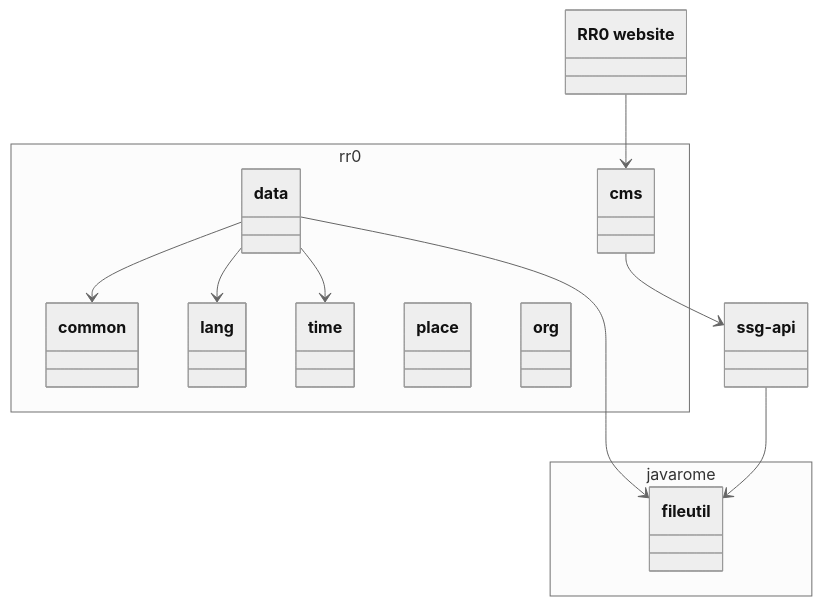
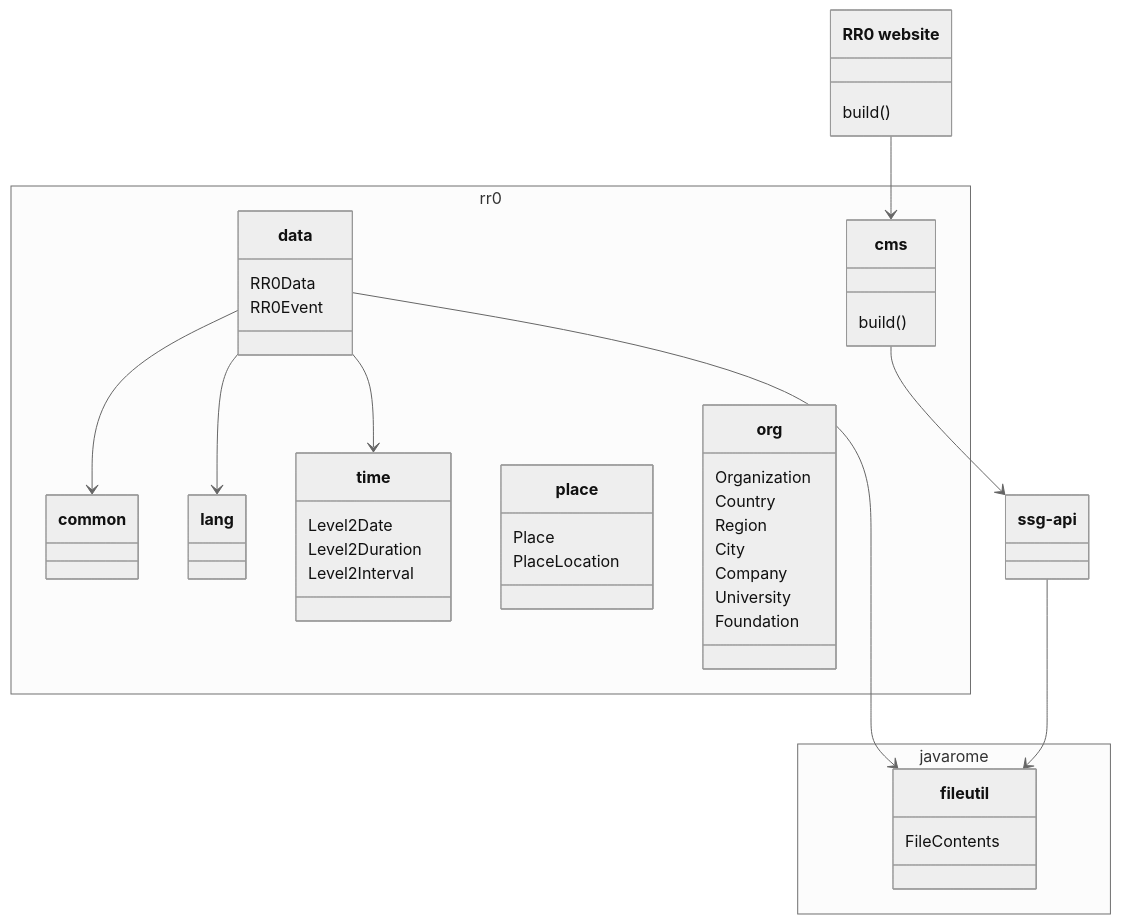
One commit to RR0/.github changed the diagram in profile/README.md. Above: the diagram before and after it, drawn with Mermaid (neutral theme).

Commit message:
org readme

````diff
--- a/profile/README.md
+++ b/profile/README.md
@@ -5,24 +5,49 @@
 ```mermaid
 classDiagram
-    class RR0["RR0 website"]
+    class RR0["RR0 website"] {
+        build()
+    }
     namespace rr0 {
         class common
         class lang
-        class time
-        class data
-        class place
-        class org
-        class cms
+        class time {
+            Level2Date
+            Level2Duration
+            Level2Interval
+        }
+        class data {
+            RR0Data
+            RR0Event
+            
+        }
+        class place {
+            Place
+            PlaceLocation
+        }
+        class org {
+            Organization
+            Country
+            Region
+            City
+            Company
+            University
+            Foundation
+        }
+        class cms {
+            build()
+        }
     }
     data --> common
     data --> lang
     data --> time
     data --> fileutil
     RR0 --> cms
     cms --> ssg-api
     class ssg-api
     namespace javarome {
-        class fileutil
+        class fileutil {
+            FileContents
+        }
     }
     ssg-api --> fileutil
 ```
````
